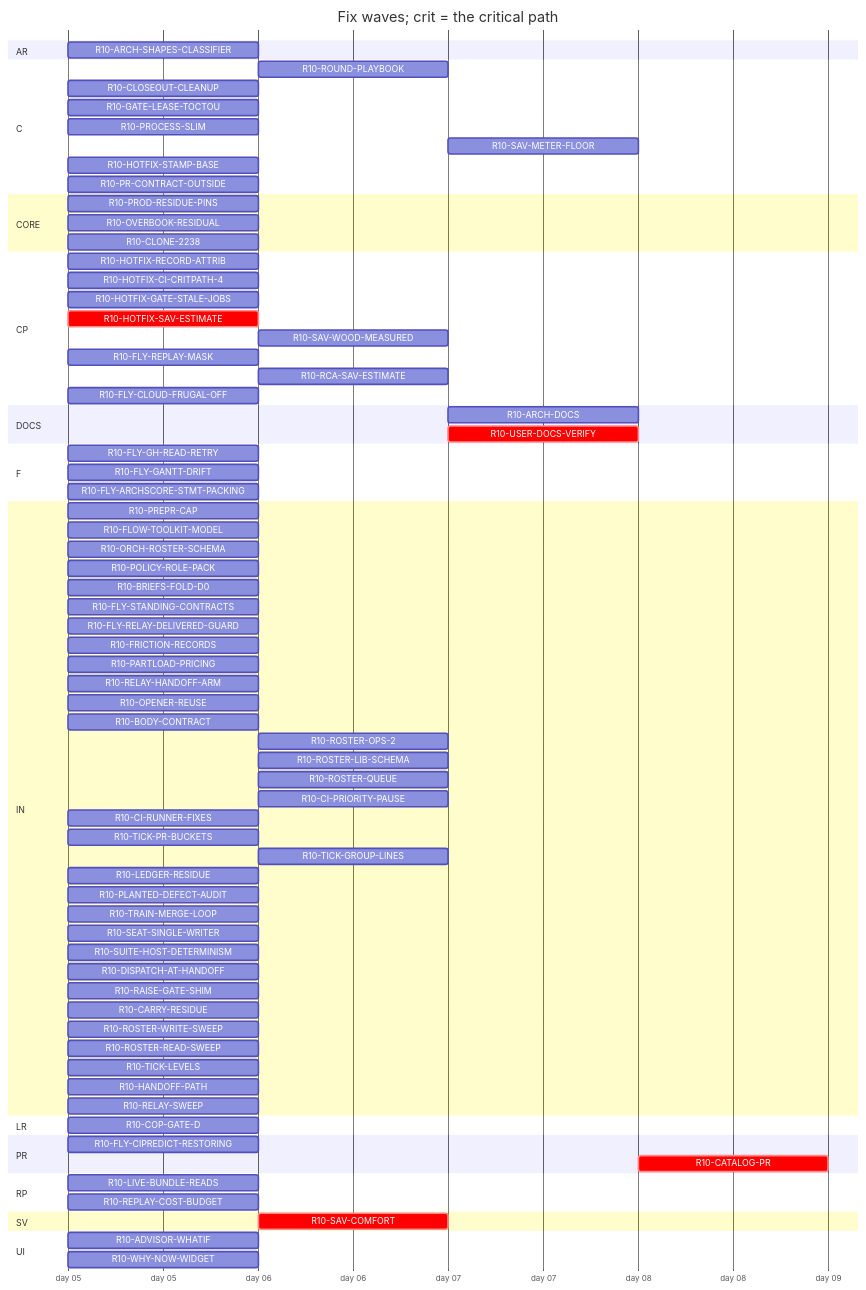
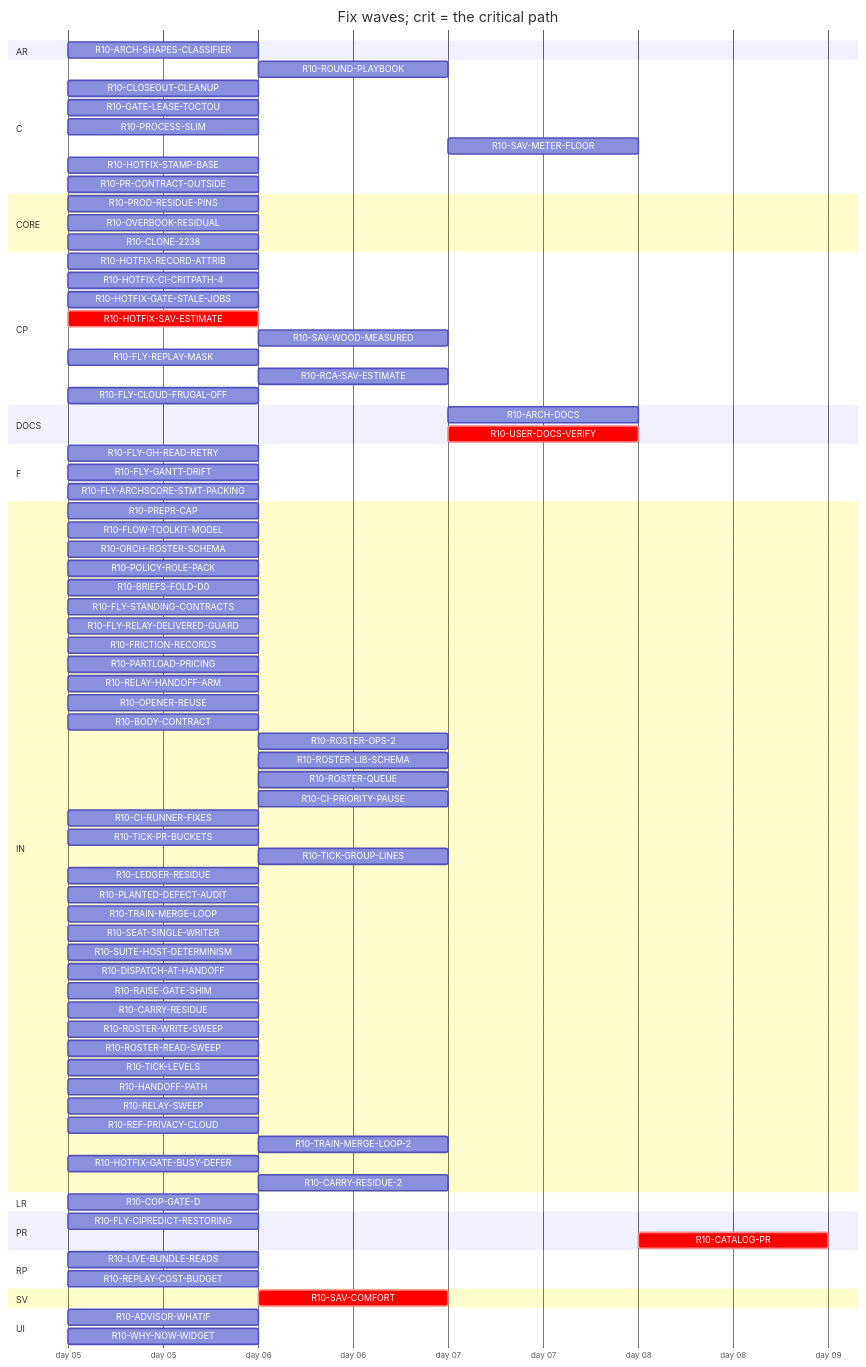
One commit to tvofi/heatpump_optimizer changed the diagram in handoff/round10/state/PLAN-TABLE.md. Above: the diagram before and after it, drawn with Mermaid. The commit also changed other lines of this file and 4 other files, not shown here.

Commit message:
state: FLOW-BOARD.md, NEXT-SESSION-PROMPT.md, PLAN-TABLE.md, PLAN.html, RESUME-CURRENT.md regenerated (state_docs.py)

```diff
--- a/handoff/round10/state/PLAN-TABLE.md
+++ b/handoff/round10/state/PLAN-TABLE.md
@@ -90,6 +90,10 @@
     R10-TICK-LEVELS :r10TICKLEVELS, 2026-01-05, 1d
     R10-HANDOFF-PATH :r10HANDOFFPATH, 2026-01-05, 1d
     R10-RELAY-SWEEP :r10RELAYSWEEP, 2026-01-05, 1d
+    R10-REF-PRIVACY-CLOUD :r10REFPRIVACYCLOUD, 2026-01-05, 1d
+    R10-TRAIN-MERGE-LOOP-2 :r10TRAINMERGELOOP2, after r10TRAINMERGELOOP, 1d
+    R10-HOTFIX-GATE-BUSY-DEFER :r10HOTFIXGATEBUSYDEFER, 2026-01-05, 1d
+    R10-CARRY-RESIDUE-2 :r10CARRYRESIDUE2, after r10CARRYRESIDUE, 1d
   section LR
     R10-COP-GATE-D :r10COPGATED, 2026-01-05, 1d
   section PR
```
